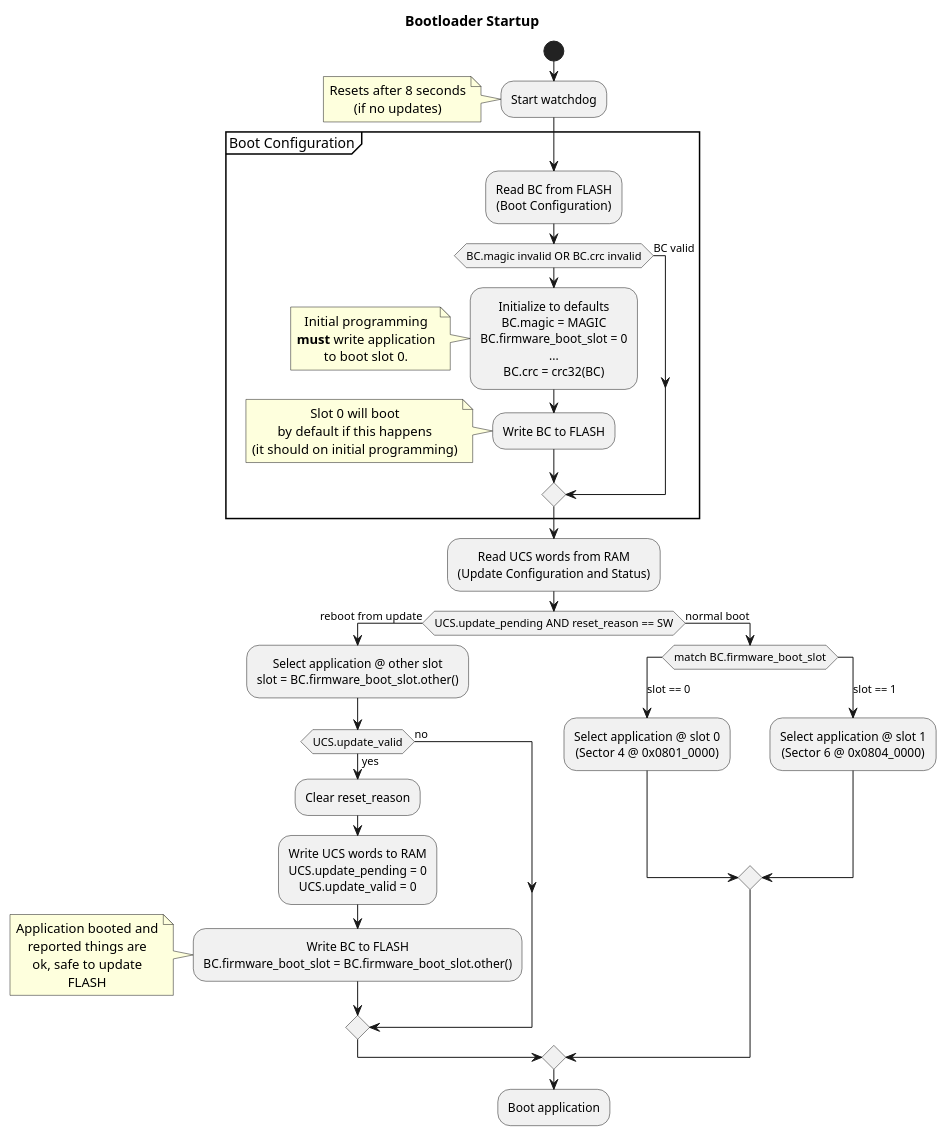
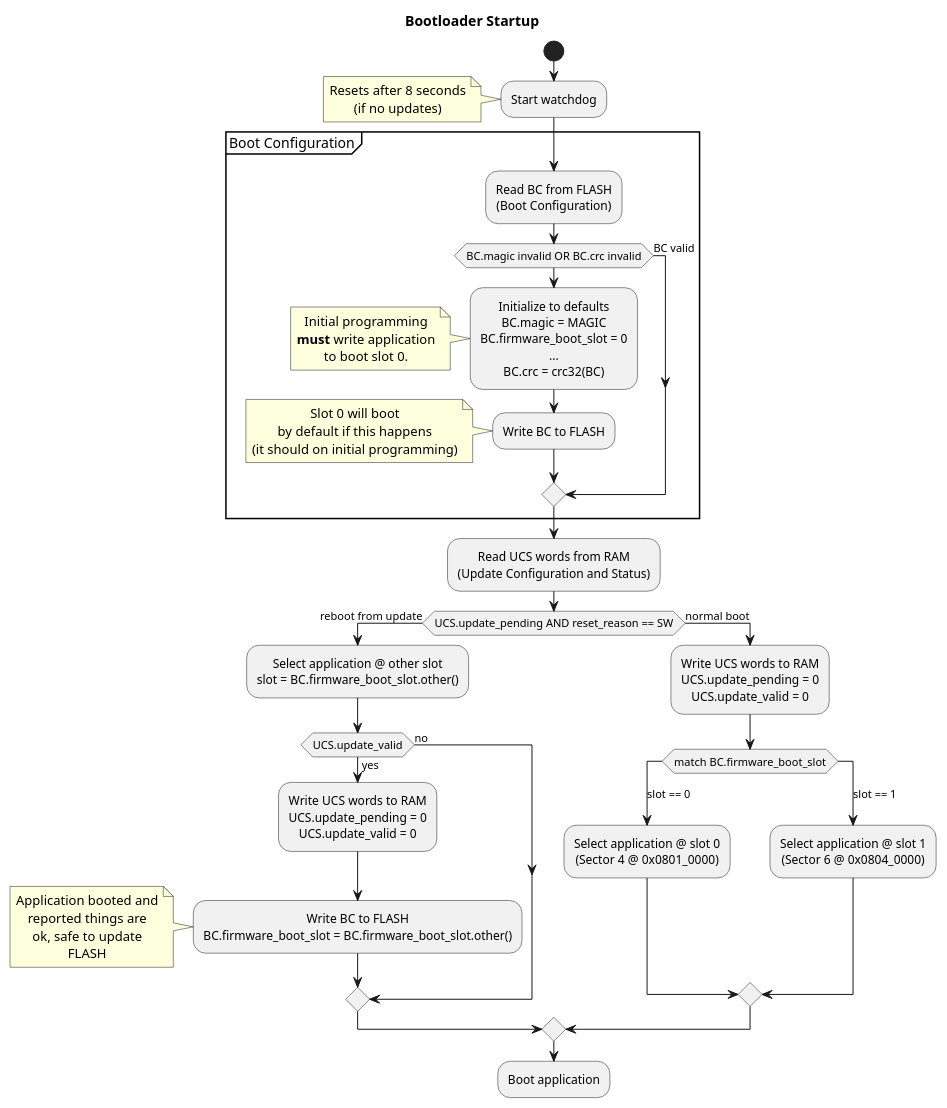
Before and after one commit to jonlamb-gh/air-gradient-pro-rs: the diagram in bootloader/doc/bootloader_startup.puml, drawn with PlantUML. The commit also changed 3 other files, not shown here.

```diff
--- a/bootloader/doc/bootloader_startup.puml
+++ b/bootloader/doc/bootloader_startup.puml
@@ -1,77 +1,80 @@
 @startuml
 
 skinparam defaultTextAlignment center
 /'skinparam monochrome reverse'/
 
 title Bootloader Startup
 
 start
 
 :Start watchdog;
 note left
     Resets after 8 seconds
     (if no updates)
 end note
 
 group Boot Configuration
     :Read BC from FLASH
     (Boot Configuration);
 
     if (BC.magic invalid OR BC.crc invalid)
         :Initialize to defaults
         BC.magic = MAGIC
         BC.firmware_boot_slot = 0
         ...
         BC.crc = crc32(BC);
         note left
             Initial programming
             **must** write application
             to boot slot 0.
         end note
         :Write BC to FLASH;
         note left
             Slot 0 will boot
             by default if this happens
             (it should on initial programming)
         end note
     else (BC valid)
     endif
 end group
 
 :Read UCS words from RAM
 (Update Configuration and Status);
 
 if (UCS.update_pending AND reset_reason == SW) then(reboot from update)
     :Select application @ other slot
     slot = BC.firmware_boot_slot.other();
 
     if (UCS.update_valid) then(yes)
-        :Clear reset_reason;
         :Write UCS words to RAM
         UCS.update_pending = 0
         UCS.update_valid = 0;
 
         :Write BC to FLASH
         BC.firmware_boot_slot = BC.firmware_boot_slot.other();
         note left
             Application booted and
             reported things are
             ok, safe to update
             FLASH
         end note
     else (no)
     endif
 else (normal boot)
+    :Write UCS words to RAM
+    UCS.update_pending = 0
+    UCS.update_valid = 0;
+
     switch (match BC.firmware_boot_slot)
     case (slot == 0)
         :Select application @ slot 0
         (Sector 4 @ 0x0801_0000);
     case (slot == 1)
         :Select application @ slot 1
         (Sector 6 @ 0x0804_0000);
     endswitch
 endif
 
 :Boot application;
 
 @enduml
```
